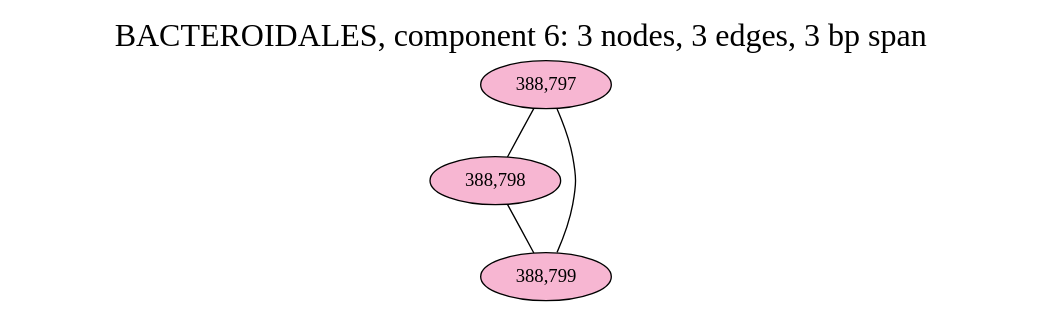
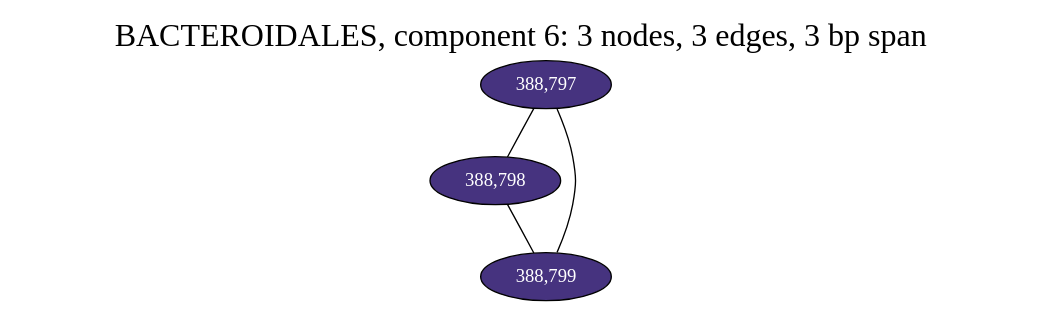
One commit to fedarko/sheepgut changed the diagram in notebooks/graphs/BACTEROIDALES_cc6.gv. Above: the diagram before and after it, drawn with Graphviz. The commit also changed 64 other files, not shown here.

Commit message:
use viridis for gene colors in LM graphs

```diff
--- a/notebooks/graphs/BACTEROIDALES_cc6.gv
+++ b/notebooks/graphs/BACTEROIDALES_cc6.gv
@@ -1,13 +1,13 @@
 graph BACTEROIDALES_cc6 {
 	overlap="prism50";
 	outputorder="edgesfirst";
 	label="BACTEROIDALES, component 6: 3 nodes, 3 edges, 3 bp span";
 	labelloc="t";
 	fontsize=24;
-	"388,797" [style="filled", fillcolor="#f7b6d2", fontcolor="#000000"];
-	"388,798" [style="filled", fillcolor="#f7b6d2", fontcolor="#000000"];
-	"388,799" [style="filled", fillcolor="#f7b6d2", fontcolor="#000000"];
+	"388,797" [style="filled", fillcolor="#46337f", fontcolor="#ffffff"];
+	"388,798" [style="filled", fillcolor="#46337f", fontcolor="#ffffff"];
+	"388,799" [style="filled", fillcolor="#46337f", fontcolor="#ffffff"];
 	"388,797" -- "388,798";
 	"388,797" -- "388,799";
 	"388,798" -- "388,799";
 }
```
